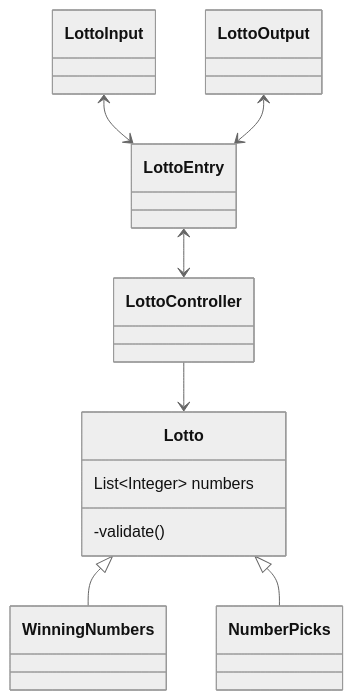
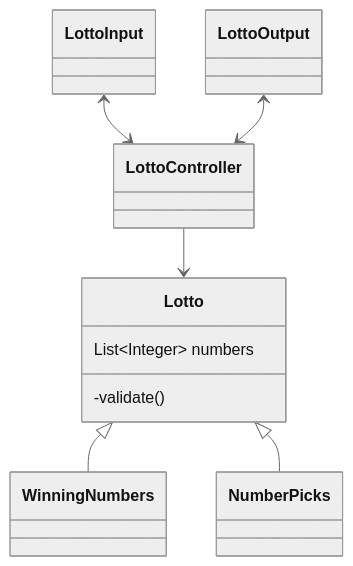
Before and after one commit to malamd/java-lotto-8: the second of 2 diagrams in README.md, drawn with Mermaid (neutral theme). The commit also changed 4 other files, not shown here.

Commit message:
docs(README): updated a class diagram

````diff
--- a/README.md
+++ b/README.md
@@ -64,30 +64,27 @@
 ```mermaid
 classDiagram
     class Lotto{
     List~Integer~ numbers
     -validate()
     }
     
     class WinningNumbers{
     }
     
     class NumberPicks{
     }
     
     Lotto <|-- WinningNumbers
     Lotto <|-- NumberPicks
     
-    class LottoEntry{
-    }
     class LottoController{
     }
     class LottoInput{
     }
     class LottoOutput{
     }
     
     LottoController --> Lotto
-    LottoEntry <--> LottoController 
-    LottoInput<-->LottoEntry
-    LottoOutput<-->LottoEntry
+    LottoInput<-->LottoController
+    LottoOutput<-->LottoController
 ```
````
